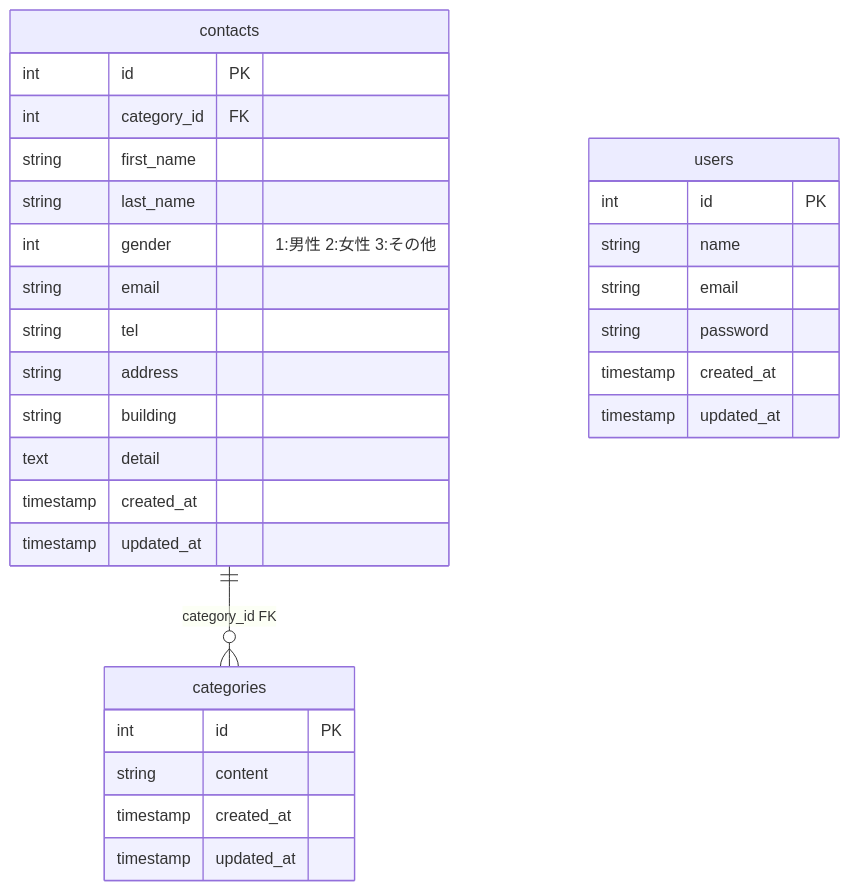
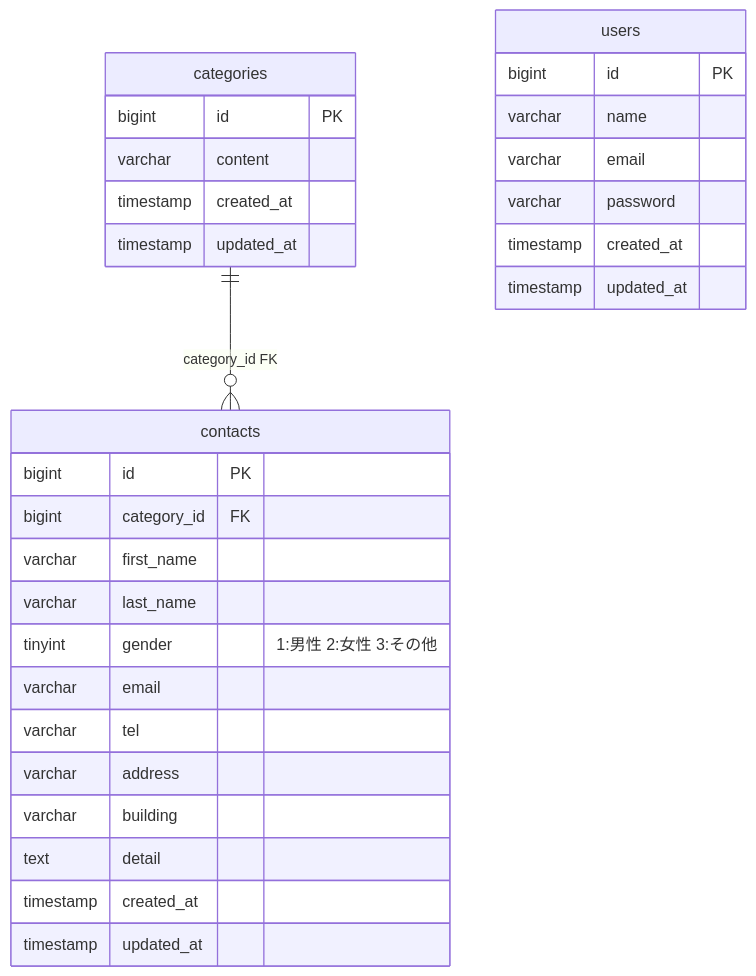
The diagram in src/mermaid.md (Haruna613/contact-form-test), drawn with Mermaid before and after one commit. The commit also changed 51 other files, not shown here.

````diff
--- a/src/mermaid.md
+++ b/src/mermaid.md
@@ -1,38 +1,38 @@
 ```mermaid
 erDiagram
-    contacts ||--o{ categories : "category_id FK"
+    categories ||--o{ contacts : "category_id FK"
 
     contacts {
-        int id PK
-        int category_id FK
-        string first_name
-        string last_name
-        int gender "1:男性 2:女性 3:その他"
-        string email
-        string tel
-        string address
-        string building
+        bigint id PK
+        bigint category_id FK
+        varchar first_name
+        varchar last_name
+        tinyint gender "1:男性 2:女性 3:その他"
+        varchar email
+        varchar tel
+        varchar address
+        varchar building
         text detail
         timestamp created_at
         timestamp updated_at
     }
 
     categories {
-        int id PK
-        string content
+        bigint id PK
+        varchar content
         timestamp created_at
         timestamp updated_at
     }
 
     users {
-        int id PK
-        string name
-        string email
-        string password
+        bigint id PK
+        varchar name
+        varchar email
+        varchar password
         timestamp created_at
         timestamp updated_at
     }
 
 
 
 ```
````
